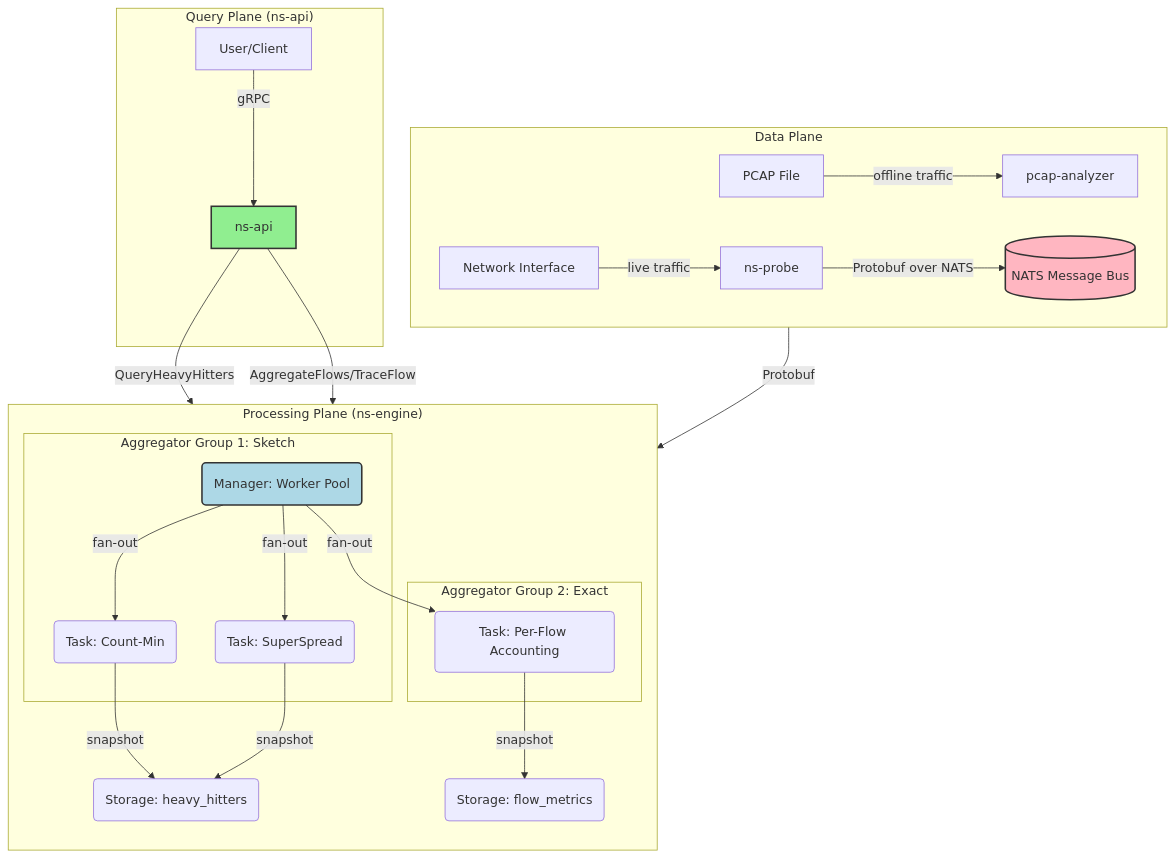
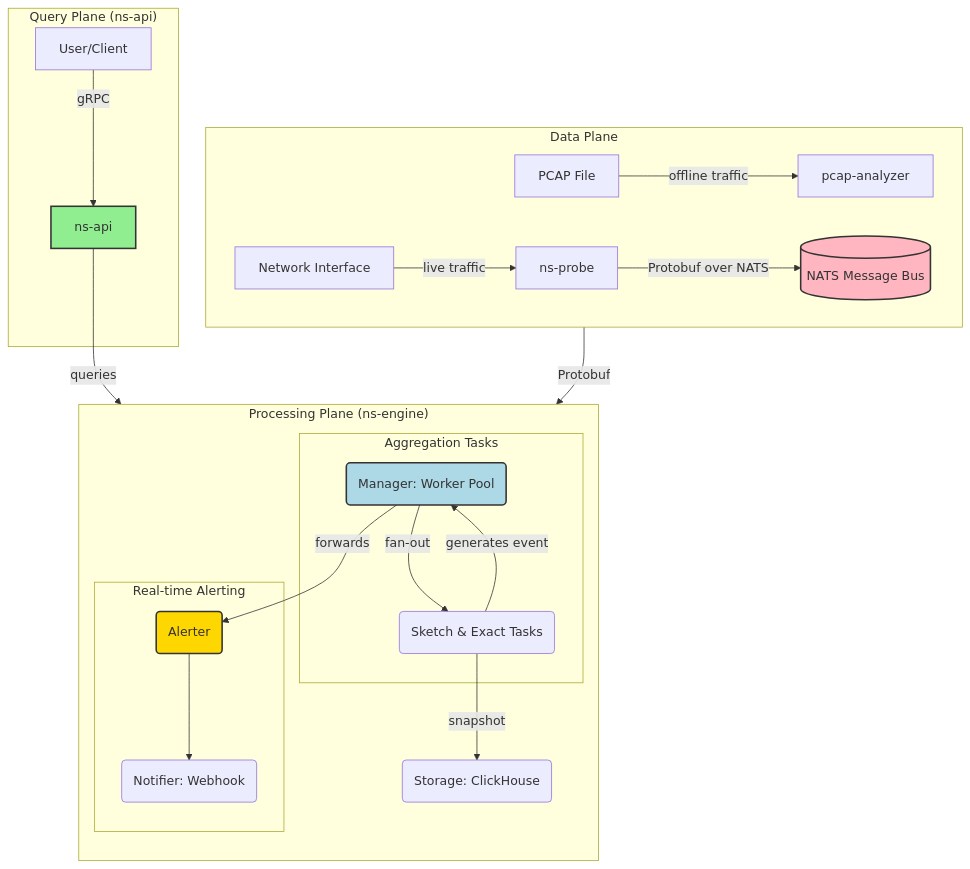
Before and after one commit to Decade-qiu/Go2NetSpectra: the diagram in README.md, drawn with Mermaid. The commit also changed other lines of this file and 2 other files, not shown here.

Commit message:
:memo: docs: update architecture diagrams and documentation for alerter module

````diff
--- a/README.md
+++ b/README.md
@@ -20,38 +21,37 @@
 ```mermaid
 graph TD
     subgraph "Data Plane"
         direction LR
         Iface[Network Interface] -- live traffic --> Probe[ns-probe]
         Pcap[PCAP File] -- offline traffic --> Analyzer[pcap-analyzer]
         Probe -- Protobuf over NATS --> NATS[(NATS Message Bus)]
     end
 
     subgraph "Processing Plane (ns-engine)"
         direction TB
         NATS -- Protobuf --> Manager(Manager: Worker Pool)
         
-        subgraph "Aggregator Group 1: Sketch"
-            Manager -- fan-out --> Task_Sketch1(Task: Count-Min)
-            Manager -- fan-out --> Task_Sketch2(Task: SuperSpread)
+        subgraph "Aggregation Tasks"
+            Manager -- fan-out --> Tasks(Sketch & Exact Tasks)
         end
 
-        subgraph "Aggregator Group 2: Exact"
-            Manager -- fan-out --> Task_Exact1(Task: Per-Flow Accounting)
+        Tasks -- snapshot --> Storage(Storage: ClickHouse)
+        
+        subgraph "Real-time Alerting"
+            Tasks -- generates event --> Manager
+            Manager -- forwards --> Alerter(Alerter)
+            Alerter --> Notifier(Notifier: Webhook)
         end
-
-        Task_Sketch1 -- snapshot --> Storage_Sketch(Storage: heavy_hitters)
-        Task_Sketch2 -- snapshot --> Storage_Sketch
-        Task_Exact1 -- snapshot --> Storage_Exact(Storage: flow_metrics)
     end
 
     subgraph "Query Plane (ns-api)"
         API[ns-api]
         User[User/Client] -- gRPC --> API
-        API -- QueryHeavyHitters --> Storage_Sketch
-        API -- AggregateFlows/TraceFlow --> Storage_Exact
+        API -- queries --> Storage
     end
 
     style NATS fill:#FFB6C1,stroke:#333,stroke-width:2px
     style Manager fill:#ADD8E6,stroke:#333,stroke-width:2px
     style API fill:#90EE90,stroke:#333,stroke-width:2px
+    style Alerter fill:#FFD700,stroke:#333,stroke-width:2px
 ```
````
